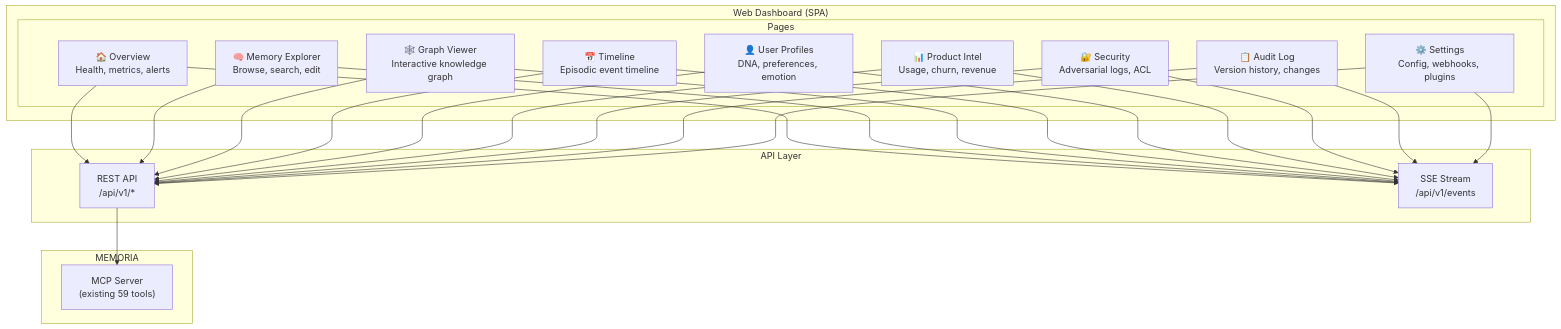
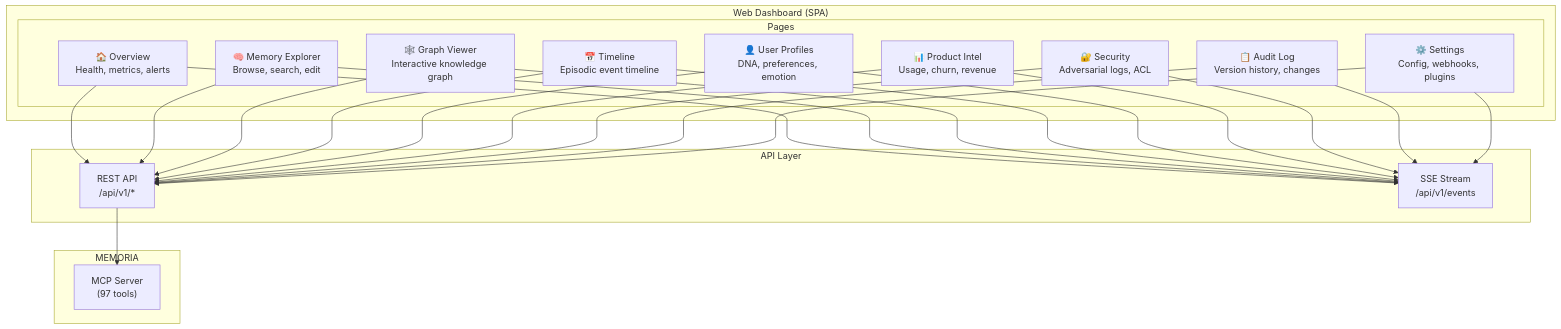
The sixth of 8 diagrams in docs/ROADMAP.md (naicud/memor-ia), drawn with Mermaid before and after one commit. The commit also changed 7 other files, not shown here.

````diff
--- a/docs/ROADMAP.md
+++ b/docs/ROADMAP.md
@@ -754,28 +754,28 @@
 ```mermaid
 graph TB
     subgraph "Web Dashboard (SPA)"
         subgraph "Pages"
             HOME["🏠 Overview<br/>Health, metrics, alerts"]
             MEM["🧠 Memory Explorer<br/>Browse, search, edit"]
             GRAPH["🕸️ Graph Viewer<br/>Interactive knowledge graph"]
             TIME["📅 Timeline<br/>Episodic event timeline"]
             USER["👤 User Profiles<br/>DNA, preferences, emotion"]
             PROD["📊 Product Intel<br/>Usage, churn, revenue"]
             SEC["🔐 Security<br/>Adversarial logs, ACL"]
             AUDIT["📋 Audit Log<br/>Version history, changes"]
             CONF["⚙️ Settings<br/>Config, webhooks, plugins"]
         end
     end
 
     subgraph "API Layer"
         REST["REST API<br/>/api/v1/*"]
         SSE2["SSE Stream<br/>/api/v1/events"]
     end
 
     subgraph "MEMORIA"
-        MCP2["MCP Server<br/>(existing 59 tools)"]
+        MCP2["MCP Server<br/>(97 tools)"]
     end
 
     HOME & MEM & GRAPH & TIME & USER & PROD & SEC & AUDIT & CONF --> REST & SSE2
     REST --> MCP2
 ```
````
